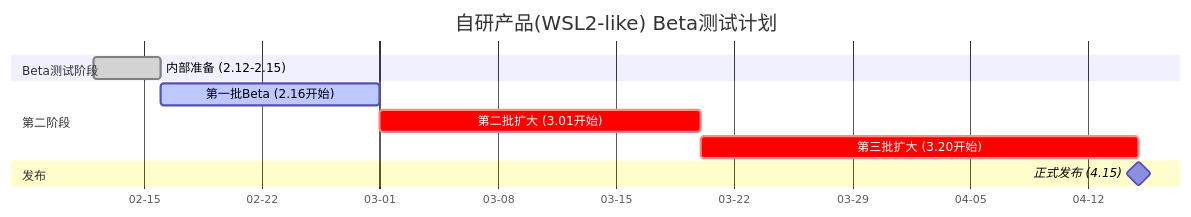
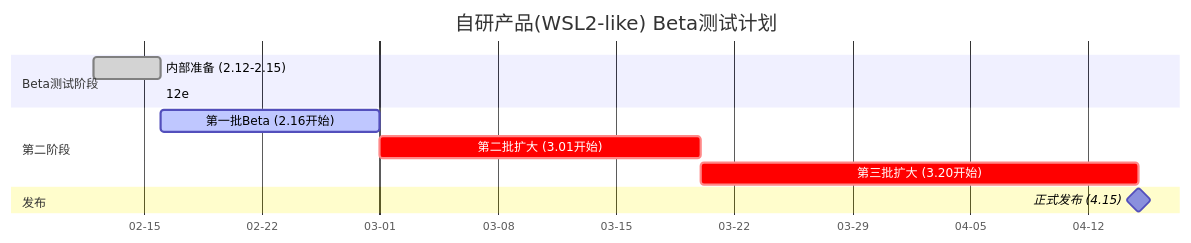
One commit to kilans/iodraw-files changed the diagram in all/未命名.md. Above: the diagram before and after it, drawn with Mermaid.

Commit message:
2026-02-12 15:21:16 update

````diff
--- a/all/未命名.md
+++ b/all/未命名.md
@@ -1,18 +1,18 @@
 ```mermaid
 gantt
     title 自研产品(WSL2-like) Beta测试计划
     dateFormat  YYYY-MM-DD
     axisFormat %m-%d
     
     section Beta测试阶段
     内部准备 (2.12-2.15)       :done, 2026-02-12, 4d
-    
+    12e:o
     section 第二阶段
     第一批Beta (2.16开始)      :active, 2026-02-16, 13d
     第二批扩大 (3.01开始)      :crit, 2026-03-01, 19d
     第三批扩大 (3.20开始)      :crit, 2026-03-20, 26d
     
     section 发布
     正式发布 (4.15)           :milestone, 2026-04-15, 0d
 
 ```
````
